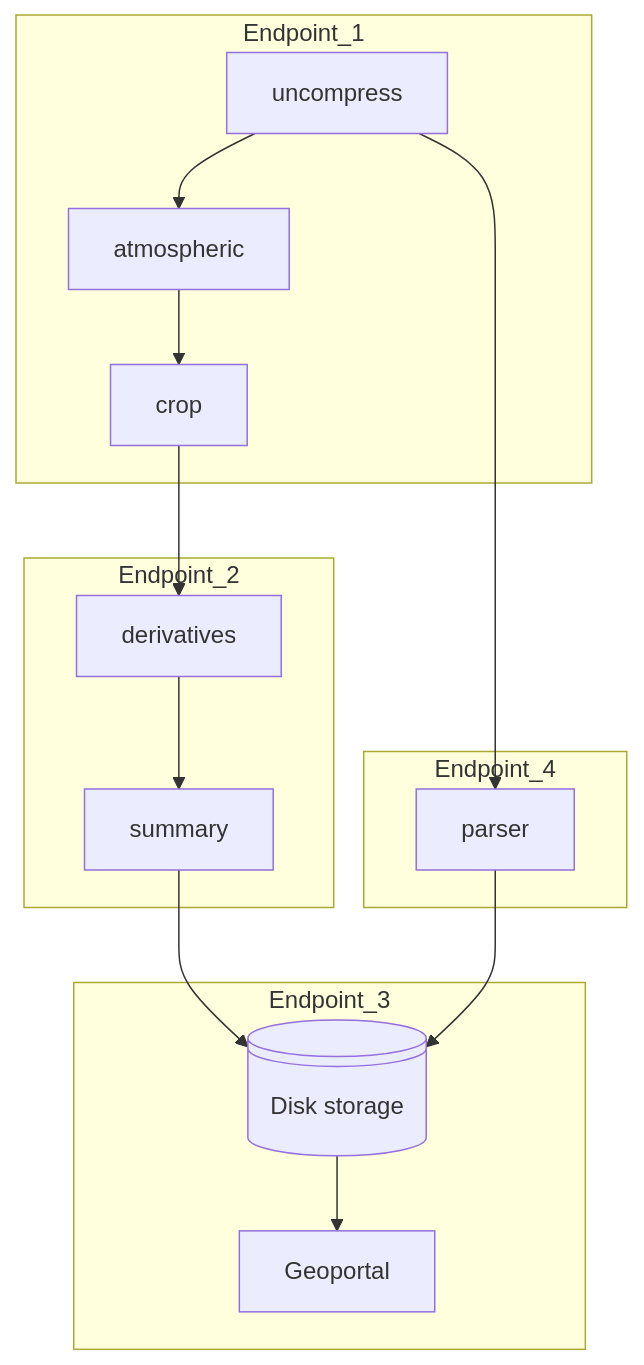
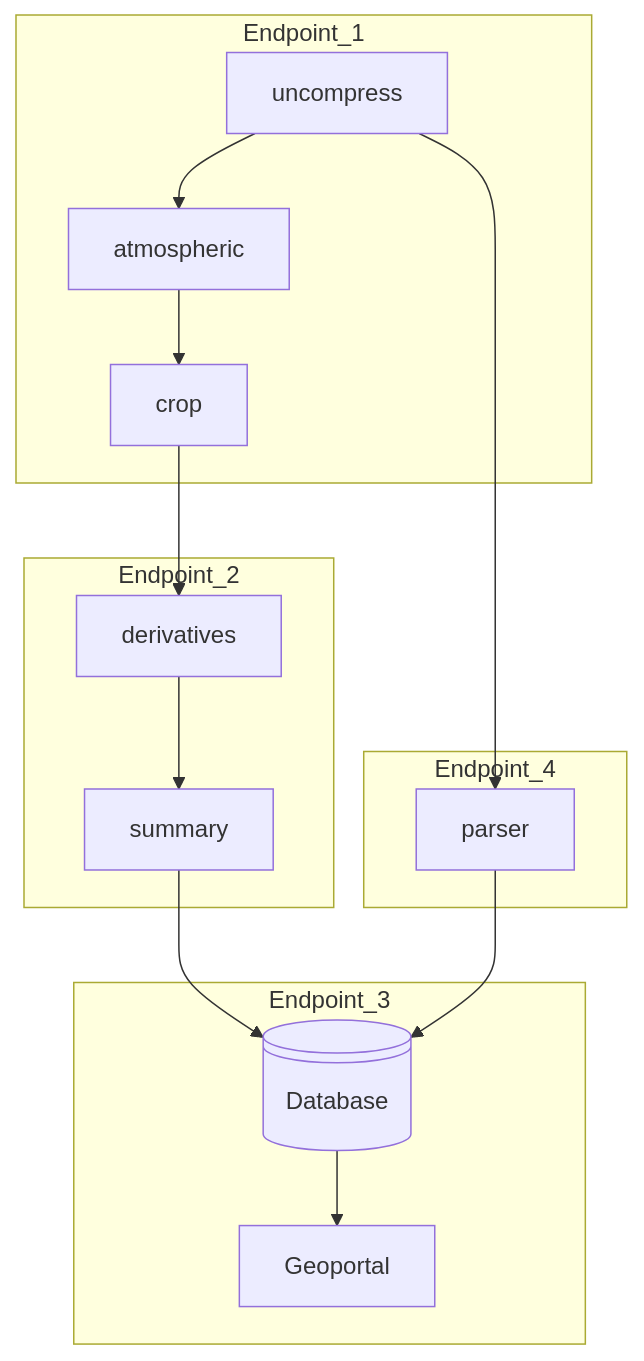
Before and after one commit to ddomizzisg/Landsat8Processing: the diagram in README.md, drawn with Mermaid. The commit also changed other lines of this file, not shown here.

````diff
--- a/README.md
+++ b/README.md
@@ -23,20 +23,20 @@
 ```mermaid
 flowchart TD
     subgraph Endpoint_1
     uncompress-->atmospheric
     atmospheric-->crop
     end
     subgraph Endpoint_2
     crop-->derivatives
     derivatives-->summary
     end
     subgraph Endpoint_3
     summary-->A
-    A@{ shape: lin-cyl, label: "Disk storage" }
+    A@{ shape: lin-cyl, label: "Database" }
     A-->Geoportal
     end
     subgraph Endpoint_4
     uncompress-->parser
     parser --> A
     end
 ```
````
